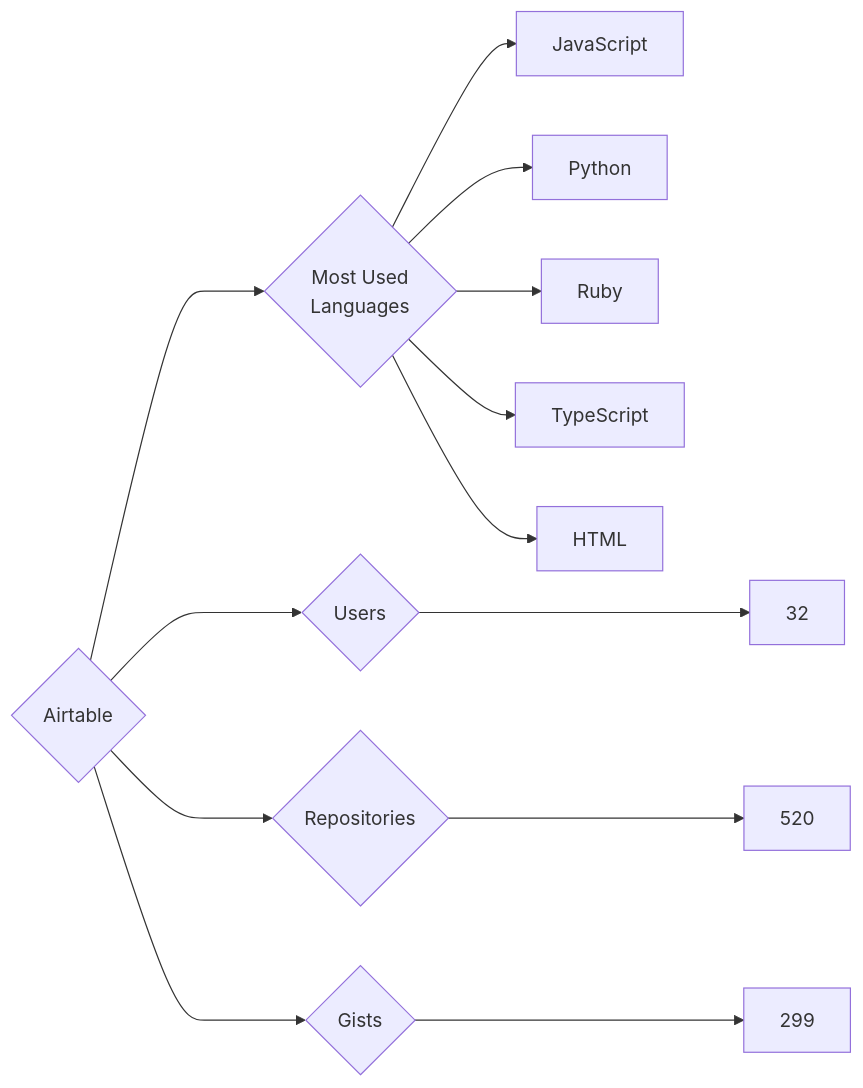
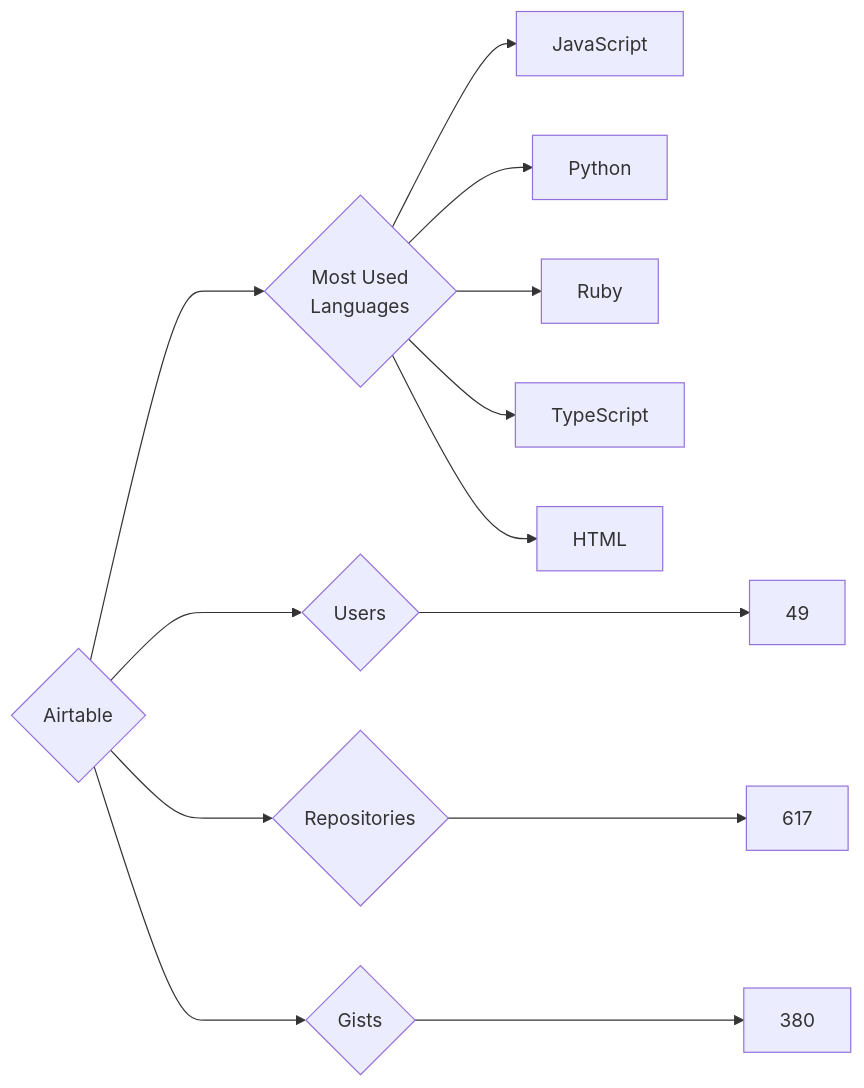
One commit to trickest/insiders changed the diagram in targets/Airtable/README.md. Above: the diagram before and after it, drawn with Mermaid. The commit also changed 914 other files, not shown here.

````diff
--- a/targets/Airtable/README.md
+++ b/targets/Airtable/README.md
@@ -3,13 +3,13 @@
 ```mermaid
 graph LR
 COMPANY_NAME{Airtable}
-COMPANY_NAME ---> U{Users} ---> UN[32]
-COMPANY_NAME ---> R{Repositories} ---> RN[520]
-COMPANY_NAME ---> G{Gists} ---> GN[299]
+COMPANY_NAME ---> U{Users} ---> UN[49]
+COMPANY_NAME ---> R{Repositories} ---> RN[617]
+COMPANY_NAME ---> G{Gists} ---> GN[380]
 COMPANY_NAME ---> ML{Most Used<br>Languages}
 ML --> JavaScript[JavaScript]
 ML --> Python[Python]
 ML --> Ruby[Ruby]
 ML --> TypeScript[TypeScript]
 ML --> HTML[HTML]
 ```
````
